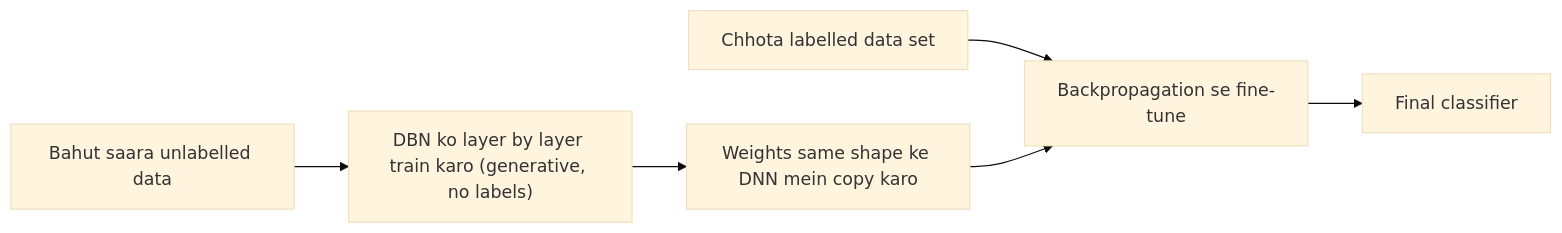
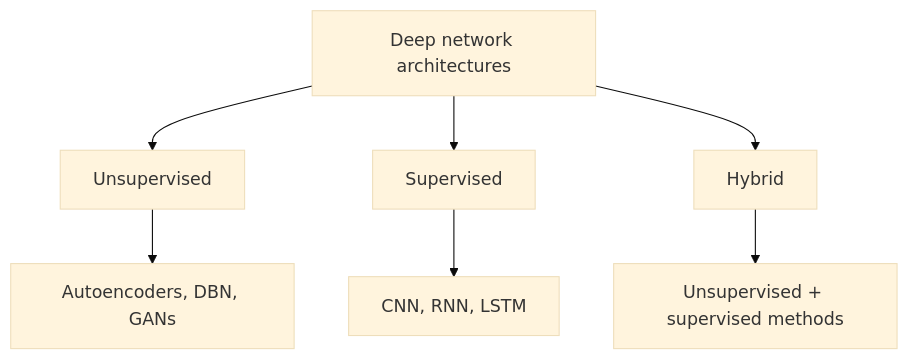
One commit to TrendySloth1001/sem-seven-notes changed the third of 3 diagrams in content/deep-learning/notes/three-classes.hi.mdx. Above: the diagram before and after it, drawn with Mermaid (base theme). The commit also changed other lines of this file and 168 other files, not shown here.

````diff
--- a/content/deep-learning/notes/three-classes.hi.mdx
+++ b/content/deep-learning/notes/three-classes.hi.mdx
@@ -198,9 +101,10 @@
 ```mermaid
-%% caption: Classic hybrid network. Unsupervised (generative) stage starting weights deta hai; phir supervised stage usi network ko labels se fine-tune karti hai.
-flowchart LR
-  A["Bahut saara unlabelled data"] --> B["DBN ko layer by layer train karo (generative, no labels)"]
-  B --> C["Weights same shape ke DNN mein copy karo"]
-  D["Chhota labelled data set"] --> E["Backpropagation se fine-tune"]
-  C --> E
-  E --> F["Final classifier"]
+%% caption: Kaun sa deep network kis class mein aata hai, jaise class mein banaya gaya.
+flowchart TD
+  A["Deep network architectures"] --> B["Unsupervised"]
+  A --> C["Supervised"]
+  A --> D["Hybrid"]
+  B --> B1["Autoencoders, DBN, GANs"]
+  C --> C1["CNN, RNN, LSTM"]
+  D --> D1["Unsupervised + supervised methods"]
 ```
````
